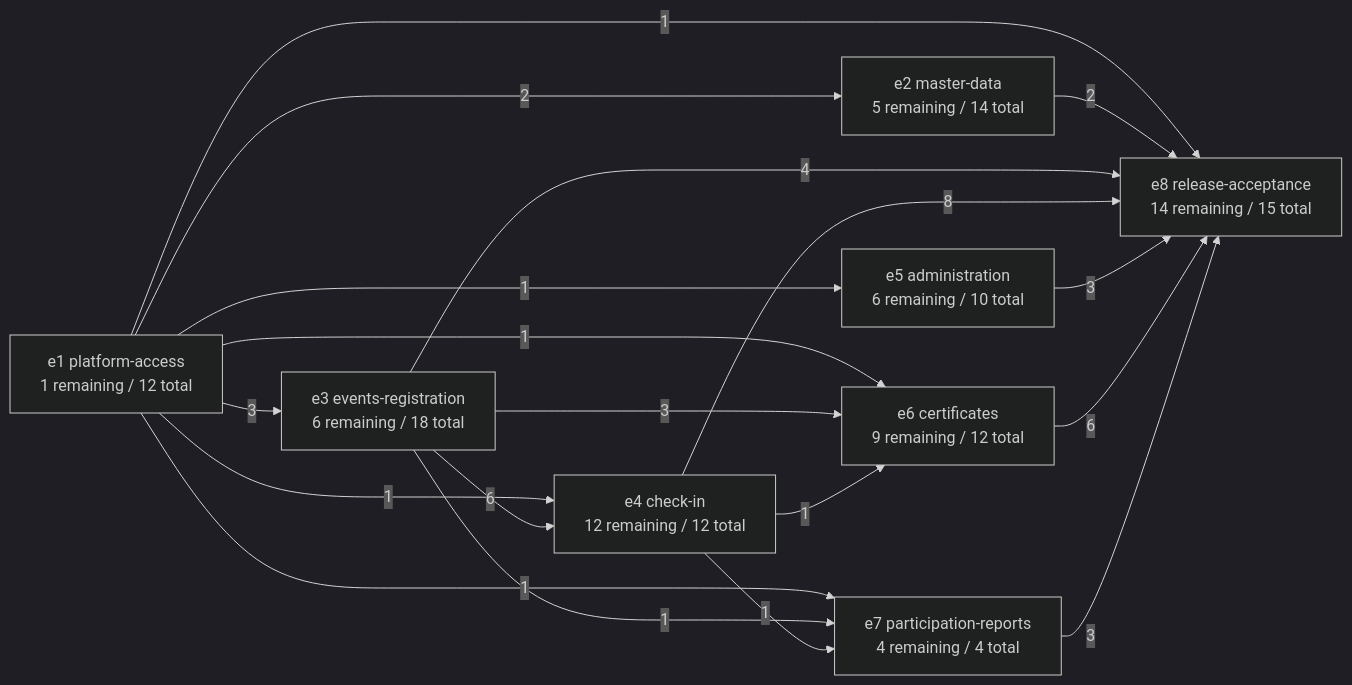
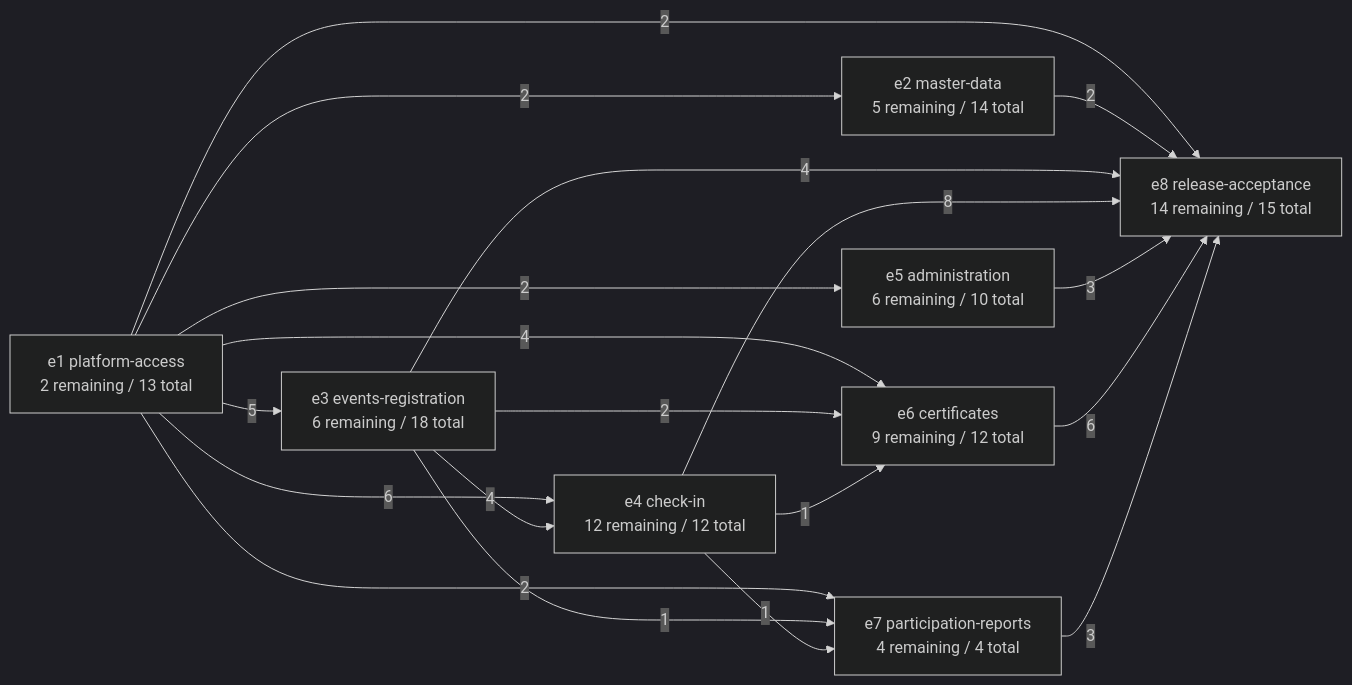
The second of 10 diagrams in _bmad-output/initiative-attendta/dependency-graphs-demo-first.md (skaarfundgandr/attendta), drawn with Mermaid (dark theme) before and after one commit. The commit also changed other lines of this file and 60 other files, not shown here.

````diff
--- a/_bmad-output/initiative-attendta/dependency-graphs-demo-first.md
+++ b/_bmad-output/initiative-attendta/dependency-graphs-demo-first.md
@@ -105,29 +121,29 @@
 ```mermaid
 flowchart LR
-  e1["e1 platform-access<br/>1 remaining / 12 total"]
+  e1["e1 platform-access<br/>2 remaining / 13 total"]
   e2["e2 master-data<br/>5 remaining / 14 total"]
   e3["e3 events-registration<br/>6 remaining / 18 total"]
   e4["e4 check-in<br/>12 remaining / 12 total"]
   e5["e5 administration<br/>6 remaining / 10 total"]
   e6["e6 certificates<br/>9 remaining / 12 total"]
   e7["e7 participation-reports<br/>4 remaining / 4 total"]
   e8["e8 release-acceptance<br/>14 remaining / 15 total"]
   e1 -->|2| e2
-  e1 -->|3| e3
-  e1 -->|1| e4
-  e1 -->|1| e5
-  e1 -->|1| e6
-  e1 -->|1| e7
-  e1 -->|1| e8
+  e1 -->|5| e3
+  e1 -->|6| e4
+  e1 -->|2| e5
+  e1 -->|4| e6
+  e1 -->|2| e7
+  e1 -->|2| e8
   e2 -->|2| e8
-  e3 -->|6| e4
-  e3 -->|3| e6
+  e3 -->|4| e4
+  e3 -->|2| e6
   e3 -->|1| e7
   e3 -->|4| e8
   e4 -->|1| e6
   e4 -->|1| e7
   e4 -->|8| e8
   e5 -->|3| e8
   e6 -->|6| e8
   e7 -->|3| e8
 ```
````
